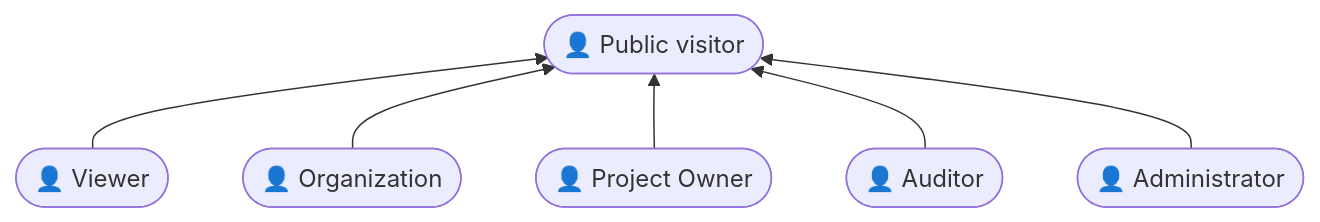
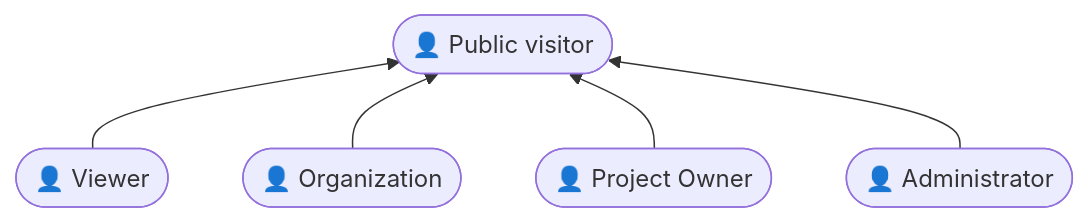
The first of 4 diagrams in docs/design/use-case.md (PhomMaiWai/TorFinder), drawn with Mermaid before and after one commit. The commit also changed other lines of this file and 55 other files, not shown here.

````diff
--- a/docs/design/use-case.md
+++ b/docs/design/use-case.md
@@ -35,8 +33,7 @@
 ```mermaid
 flowchart BT
     Viewer(["👤 Viewer"]) --> Public(["👤 Public visitor"])
     Org(["👤 Organization"]) --> Public
     Owner(["👤 Project Owner"]) --> Public
-    Auditor(["👤 Auditor"]) --> Public
     Admin(["👤 Administrator"]) --> Public
 ```
````
